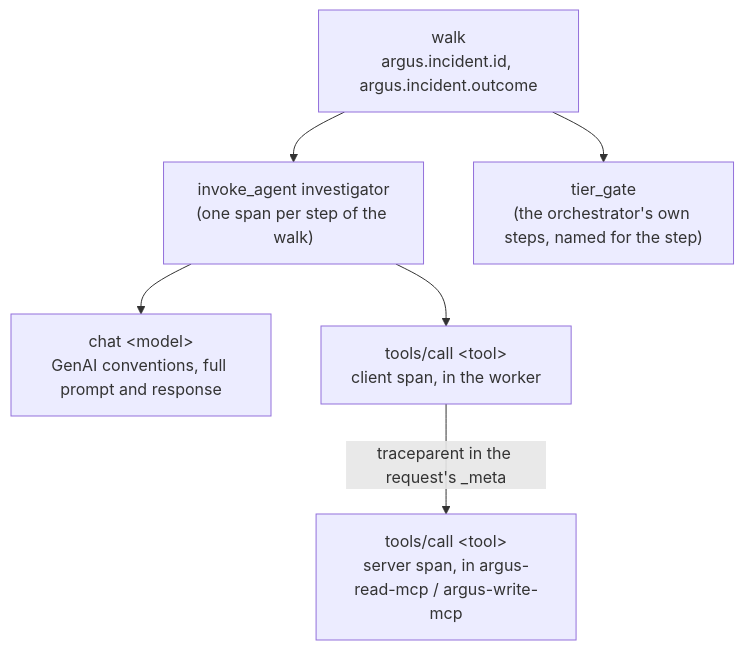
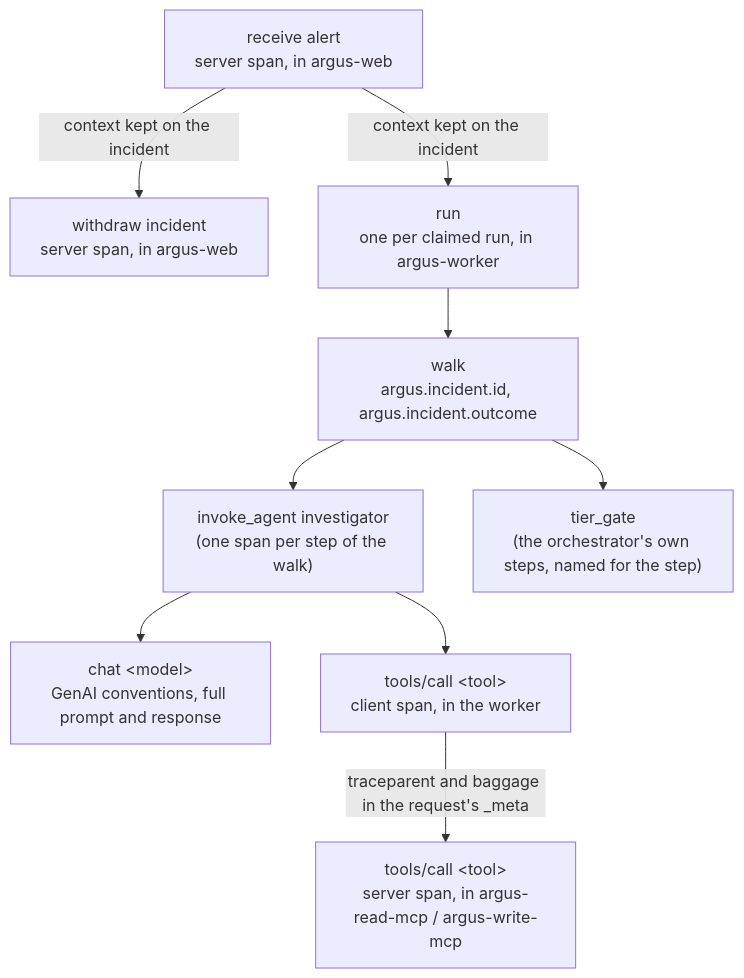
The sixth of 6 diagrams in docs/spec-and-architecture.md (ohadraz/Argus), drawn with Mermaid before and after one commit. The commit also changed other lines of this file and 142 other files, not shown here.

Commit message:
Every process logs to one level policy as fixed phrases stamped with whose incident, run and agent it was, an incident's trace starts at its alert, and the worker no longer holds a transaction open across a walk

````diff
--- a/docs/spec-and-architecture.md
+++ b/docs/spec-and-architecture.md
@@ -1292,14 +1292,20 @@
 ```mermaid
 flowchart TB
+    RECEIVE["receive alert<br/>server span, in argus-web"]
+    WITHDRAW["withdraw incident<br/>server span, in argus-web"]
+    RUN["run<br/>one per claimed run, in argus-worker"]
     WALK["walk<br/>argus.incident.id, argus.incident.outcome"]
     AGENT["invoke_agent investigator<br/>(one span per step of the walk)"]
     OWN["tier_gate<br/>(the orchestrator's own steps, named for the step)"]
     LLM["chat &lt;model&gt;<br/>GenAI conventions, full prompt and response"]
     TOOL["tools/call &lt;tool&gt;<br/>client span, in the worker"]
     SERVE["tools/call &lt;tool&gt;<br/>server span, in argus-read-mcp / argus-write-mcp"]
+    RECEIVE -->|context kept on the incident| RUN
+    RECEIVE -->|context kept on the incident| WITHDRAW
+    RUN --> WALK
     WALK --> AGENT
     WALK --> OWN
     AGENT --> LLM
     AGENT --> TOOL
-    TOOL -->|traceparent in the request's _meta| SERVE
+    TOOL -->|traceparent and baggage in the request's _meta| SERVE
 ```
````
